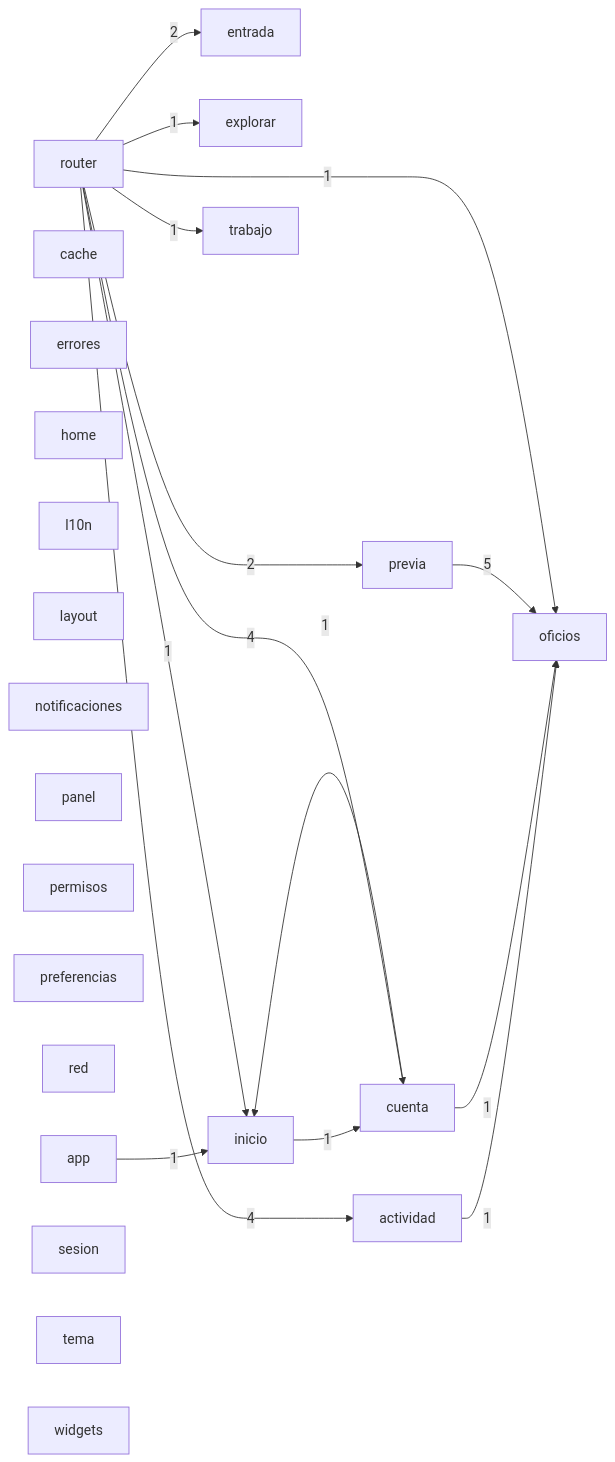
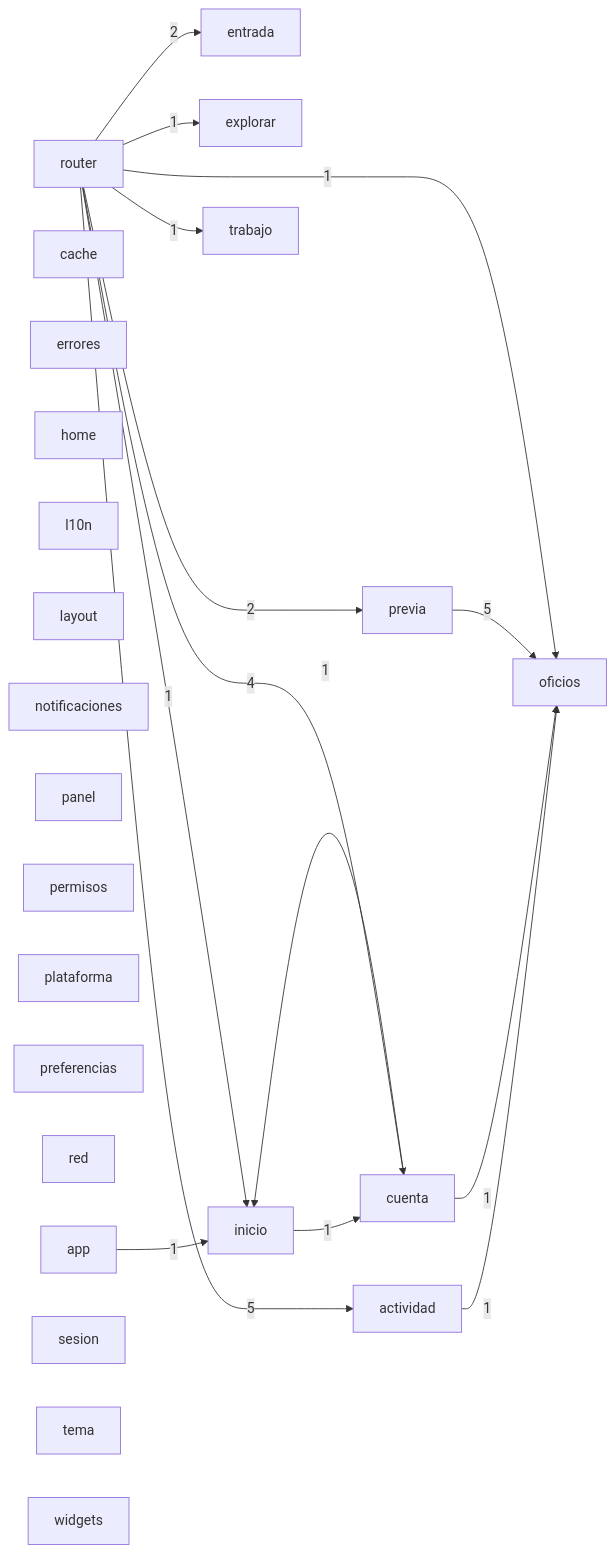
Before and after one commit to Tensei-Devs/knock-frontend: the diagram in docs/architecture/modules.mmd, drawn with Mermaid. The commit also changed 26 other files, not shown here.

```diff
--- a/docs/architecture/modules.mmd
+++ b/docs/architecture/modules.mmd
@@ -1,38 +1,39 @@
 graph LR
   actividad["actividad"]
   app["app"]
   cache["cache"]
   cuenta["cuenta"]
   entrada["entrada"]
   errores["errores"]
   explorar["explorar"]
   home["home"]
   inicio["inicio"]
   l10n["l10n"]
   layout["layout"]
   notificaciones["notificaciones"]
   oficios["oficios"]
   panel["panel"]
   permisos["permisos"]
+  plataforma["plataforma"]
   preferencias["preferencias"]
   previa["previa"]
   red["red"]
   router["router"]
   sesion["sesion"]
   tema["tema"]
   trabajo["trabajo"]
   widgets["widgets"]
   actividad -->|1| oficios
   app -->|1| inicio
   cuenta -->|1| inicio
   cuenta -->|1| oficios
   inicio -->|1| cuenta
   previa -->|5| oficios
-  router -->|4| actividad
+  router -->|5| actividad
   router -->|4| cuenta
   router -->|2| entrada
   router -->|1| explorar
   router -->|1| inicio
   router -->|1| oficios
   router -->|2| previa
   router -->|1| trabajo
```
